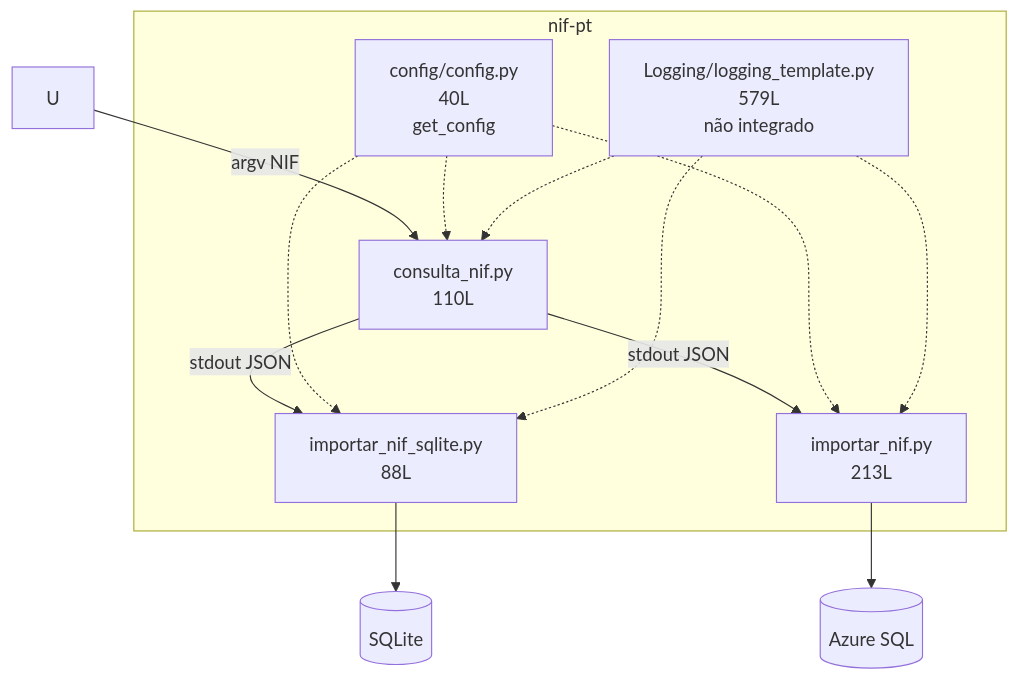
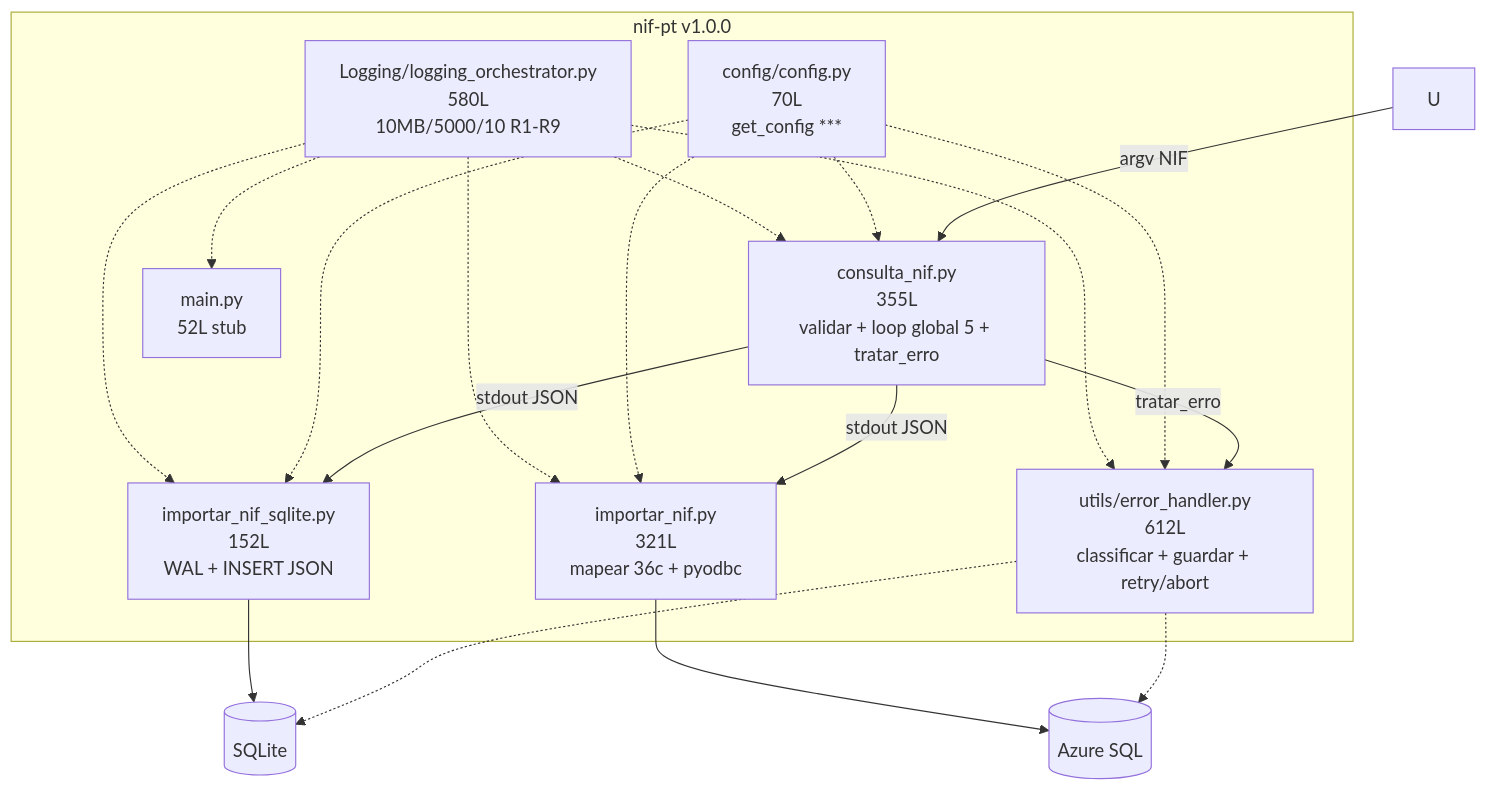
The second of 5 diagrams in docs/architecture/architecture.md (nunoetome/nif-pt), drawn with Mermaid before and after one commit. The commit also changed other lines of this file and 19 other files, not shown here.

````diff
--- a/docs/architecture/architecture.md
+++ b/docs/architecture/architecture.md
@@ -26,17 +27,20 @@
 ```mermaid
 graph TB
-    subgraph nif-pt
-        C[consulta_nif.py<br/>110L]
-        S[importar_nif_sqlite.py<br/>88L]
-        A[importar_nif.py<br/>213L]
-        CFG[config/config.py<br/>40L<br/>get_config]
-        LOG[Logging/logging_template.py<br/>579L<br/>não integrado]
+    subgraph nif-pt v1.0.0
+        C[consulta_nif.py<br/>355L<br/>validar + loop global 5 + tratar_erro]
+        E[utils/error_handler.py<br/>612L<br/>classificar + guardar + retry/abort]
+        S[importar_nif_sqlite.py<br/>152L<br/>WAL + INSERT JSON]
+        A[importar_nif.py<br/>321L<br/>mapear 36c + pyodbc]
+        CFG[config/config.py<br/>70L<br/>get_config ***]
+        LOG[Logging/logging_orchestrator.py<br/>580L<br/>10MB/5000/10 R1-R9]
+        MAIN[main.py<br/>52L stub]
     end
     U -->|argv NIF| C
-    C -->|stdout JSON| S
-    C -->|stdout JSON| A
-    CFG -.-> C & S & A
-    LOG -.-> C & S & A
+    C -->|tratar_erro| E
+    E -.-> DB1 & DB2
+    C -->|stdout JSON| S & A
+    CFG -.-> C & S & A & E
+    LOG -.-> C & S & A & E & MAIN
     S --> DB1[(SQLite)]
     A --> DB2[(Azure SQL)]
 ```
````
